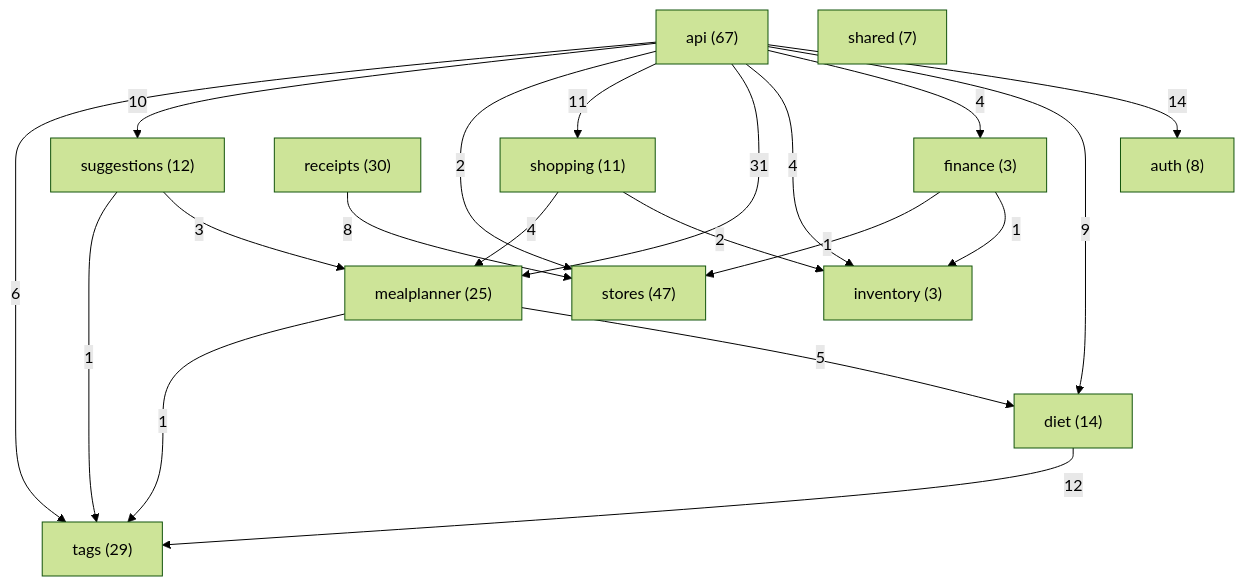
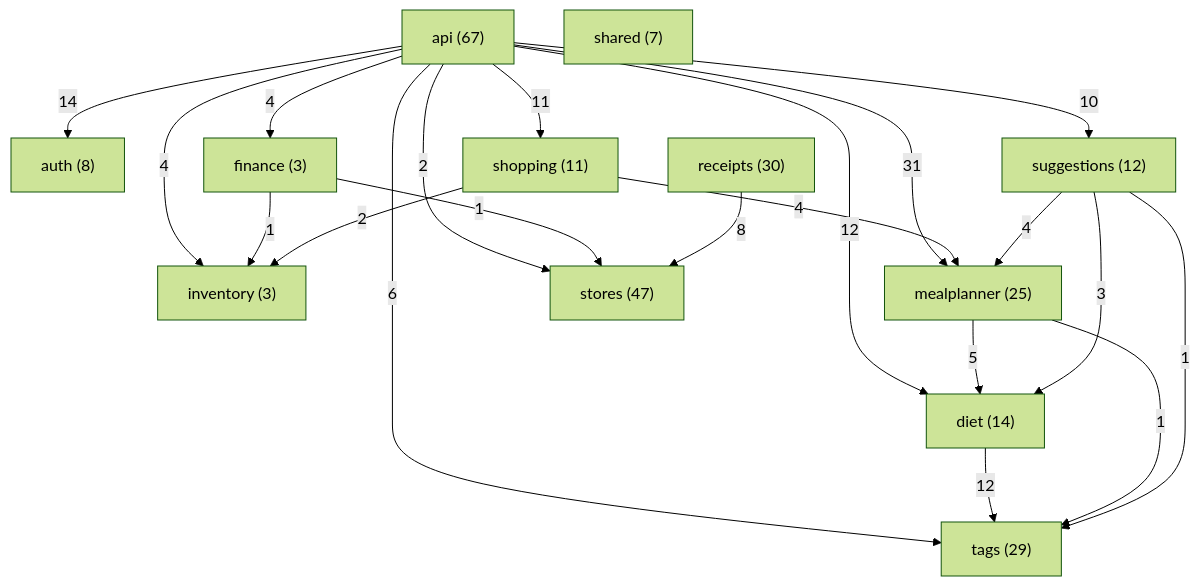
Before and after one commit to Nate-ryan-7690/dahaem: the diagram in docs/classes/README.md, drawn with Mermaid (forest theme). The commit also changed other lines of this file and 16 other files, not shown here.

Commit message:
Pantry suggestions: apply the household's diet rules, treat expired stock as not usable, cap the list at 200

````diff
--- a/docs/classes/README.md
+++ b/docs/classes/README.md
@@ -9,34 +9,35 @@
 ```mermaid
 flowchart TD
     api["api (67)"]
     auth["auth (8)"]
     diet["diet (14)"]
     finance["finance (3)"]
     inventory["inventory (3)"]
     mealplanner["mealplanner (25)"]
     receipts["receipts (30)"]
     shared["shared (7)"]
     shopping["shopping (11)"]
     stores["stores (47)"]
     suggestions["suggestions (12)"]
     tags["tags (29)"]
     api -->|14| auth
-    api -->|9| diet
+    api -->|12| diet
     api -->|4| finance
     api -->|4| inventory
     api -->|31| mealplanner
     api -->|11| shopping
     api -->|2| stores
     api -->|10| suggestions
     api -->|6| tags
     diet -->|12| tags
     finance -->|1| inventory
     finance -->|1| stores
     mealplanner -->|5| diet
     mealplanner -->|1| tags
     receipts -->|8| stores
     shopping -->|2| inventory
     shopping -->|4| mealplanner
-    suggestions -->|3| mealplanner
+    suggestions -->|3| diet
+    suggestions -->|4| mealplanner
     suggestions -->|1| tags
 ```
````
